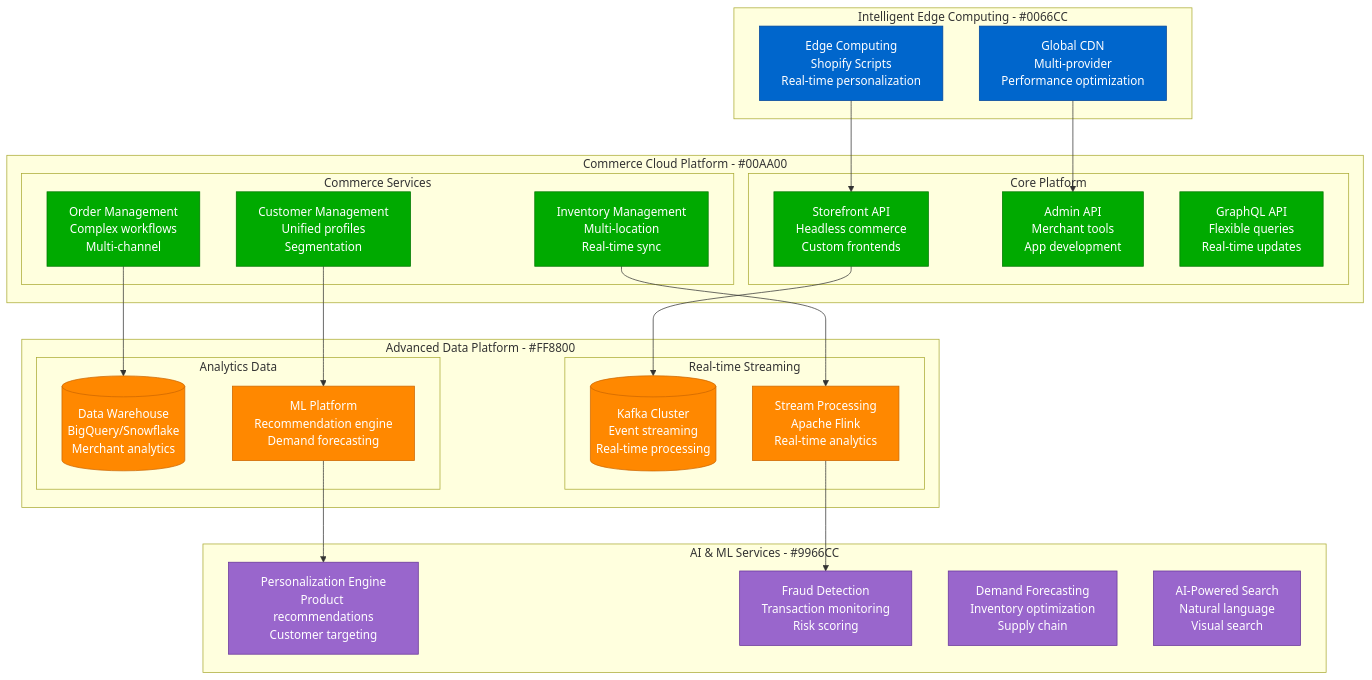
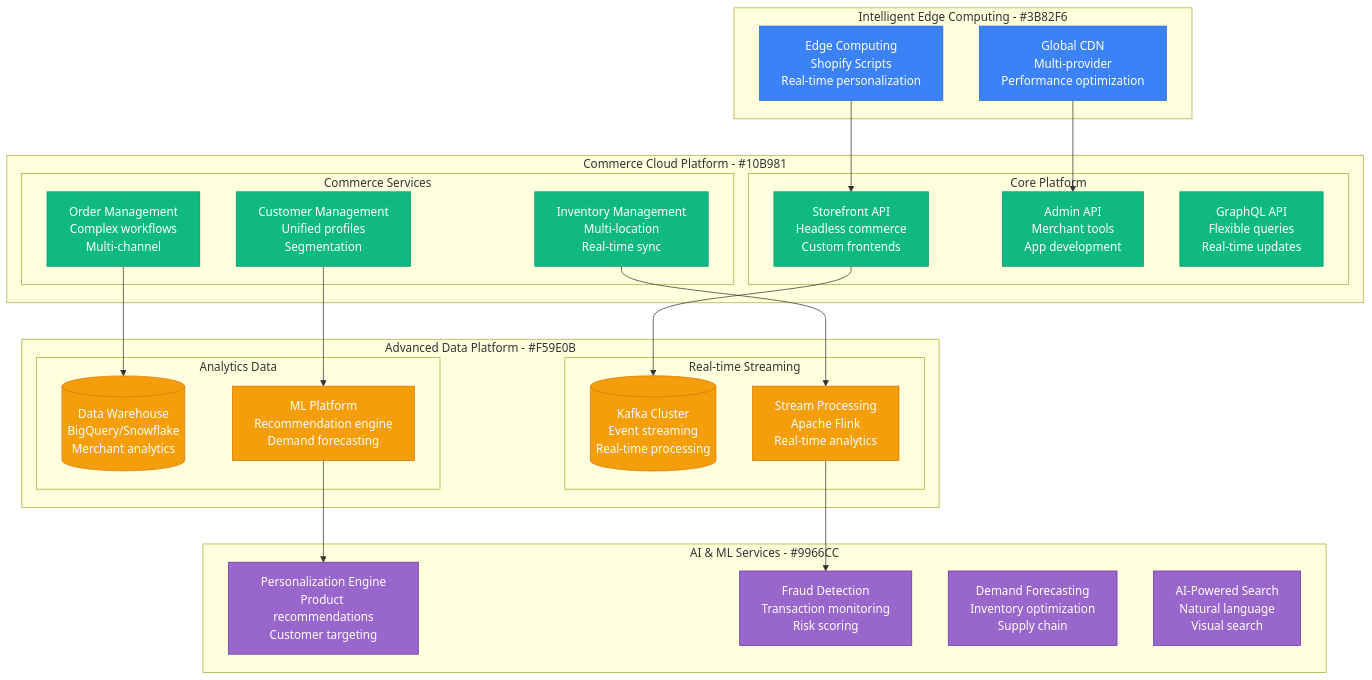
Before and after one commit to deepaucksharma/DS: the fourth of 4 diagrams in site/docs/scaling/shopify-scale-evolution.md, drawn with Mermaid. The commit also changed other lines of this file and 187 other files, not shown here.

````diff
--- a/site/docs/scaling/shopify-scale-evolution.md
+++ b/site/docs/scaling/shopify-scale-evolution.md
@@ -203,60 +203,60 @@
 ```mermaid
 graph TB
-    subgraph IntelligentEdge[Intelligent Edge Computing - #0066CC]
+    subgraph IntelligentEdge[Intelligent Edge Computing - #3B82F6]
         EDGE_COMPUTE[Edge Computing<br/>Shopify Scripts<br/>Real-time personalization]
         GLOBAL_CDN[Global CDN<br/>Multi-provider<br/>Performance optimization]
     end
 
-    subgraph CommerceCloud[Commerce Cloud Platform - #00AA00]
+    subgraph CommerceCloud[Commerce Cloud Platform - #10B981]
         subgraph CorePlatform[Core Platform]
             STOREFRONT_API[Storefront API<br/>Headless commerce<br/>Custom frontends]
             ADMIN_API[Admin API<br/>Merchant tools<br/>App development]
             GRAPHQL_API[GraphQL API<br/>Flexible queries<br/>Real-time updates]
         end
 
         subgraph CommerceServices[Commerce Services]
             INVENTORY_MGMT[Inventory Management<br/>Multi-location<br/>Real-time sync]
             ORDER_MGMT[Order Management<br/>Complex workflows<br/>Multi-channel]
             CUSTOMER_MGMT[Customer Management<br/>Unified profiles<br/>Segmentation]
         end
     end
 
-    subgraph AdvancedData[Advanced Data Platform - #FF8800]
+    subgraph AdvancedData[Advanced Data Platform - #F59E0B]
         subgraph StreamingData[Real-time Streaming]
             KAFKA_CLUSTER[(Kafka Cluster<br/>Event streaming<br/>Real-time processing)]
             STREAM_PROCESSING[Stream Processing<br/>Apache Flink<br/>Real-time analytics]
         end
 
         subgraph AnalyticsData[Analytics Data]
             DATA_WAREHOUSE[(Data Warehouse<br/>BigQuery/Snowflake<br/>Merchant analytics)]
             ML_PLATFORM[ML Platform<br/>Recommendation engine<br/>Demand forecasting]
         end
     end
 
     subgraph AIServices[AI & ML Services - #9966CC]
         PERSONALIZATION[Personalization Engine<br/>Product recommendations<br/>Customer targeting]
         FRAUD_DETECTION[Fraud Detection<br/>Transaction monitoring<br/>Risk scoring]
         DEMAND_FORECASTING[Demand Forecasting<br/>Inventory optimization<br/>Supply chain]
         SEARCH_AI[AI-Powered Search<br/>Natural language<br/>Visual search]
     end
 
     EDGE_COMPUTE --> STOREFRONT_API
     GLOBAL_CDN --> ADMIN_API
     STOREFRONT_API --> KAFKA_CLUSTER
     INVENTORY_MGMT --> STREAM_PROCESSING
     ORDER_MGMT --> DATA_WAREHOUSE
     CUSTOMER_MGMT --> ML_PLATFORM
 
     ML_PLATFORM --> PERSONALIZATION
     STREAM_PROCESSING --> FRAUD_DETECTION
 
-    classDef edgeStyle fill:#0066CC,stroke:#004499,color:#fff
-    classDef serviceStyle fill:#00AA00,stroke:#007700,color:#fff
-    classDef dataStyle fill:#FF8800,stroke:#CC6600,color:#fff
+    classDef edgeStyle fill:#3B82F6,stroke:#2563EB,color:#fff
+    classDef serviceStyle fill:#10B981,stroke:#059669,color:#fff
+    classDef dataStyle fill:#F59E0B,stroke:#D97706,color:#fff
     classDef aiStyle fill:#9966CC,stroke:#663399,color:#fff
 
     class EDGE_COMPUTE,GLOBAL_CDN edgeStyle
     class STOREFRONT_API,ADMIN_API,GRAPHQL_API,INVENTORY_MGMT,ORDER_MGMT,CUSTOMER_MGMT serviceStyle
     class KAFKA_CLUSTER,STREAM_PROCESSING,DATA_WAREHOUSE,ML_PLATFORM dataStyle
     class PERSONALIZATION,FRAUD_DETECTION,DEMAND_FORECASTING,SEARCH_AI aiStyle
 ```
````
